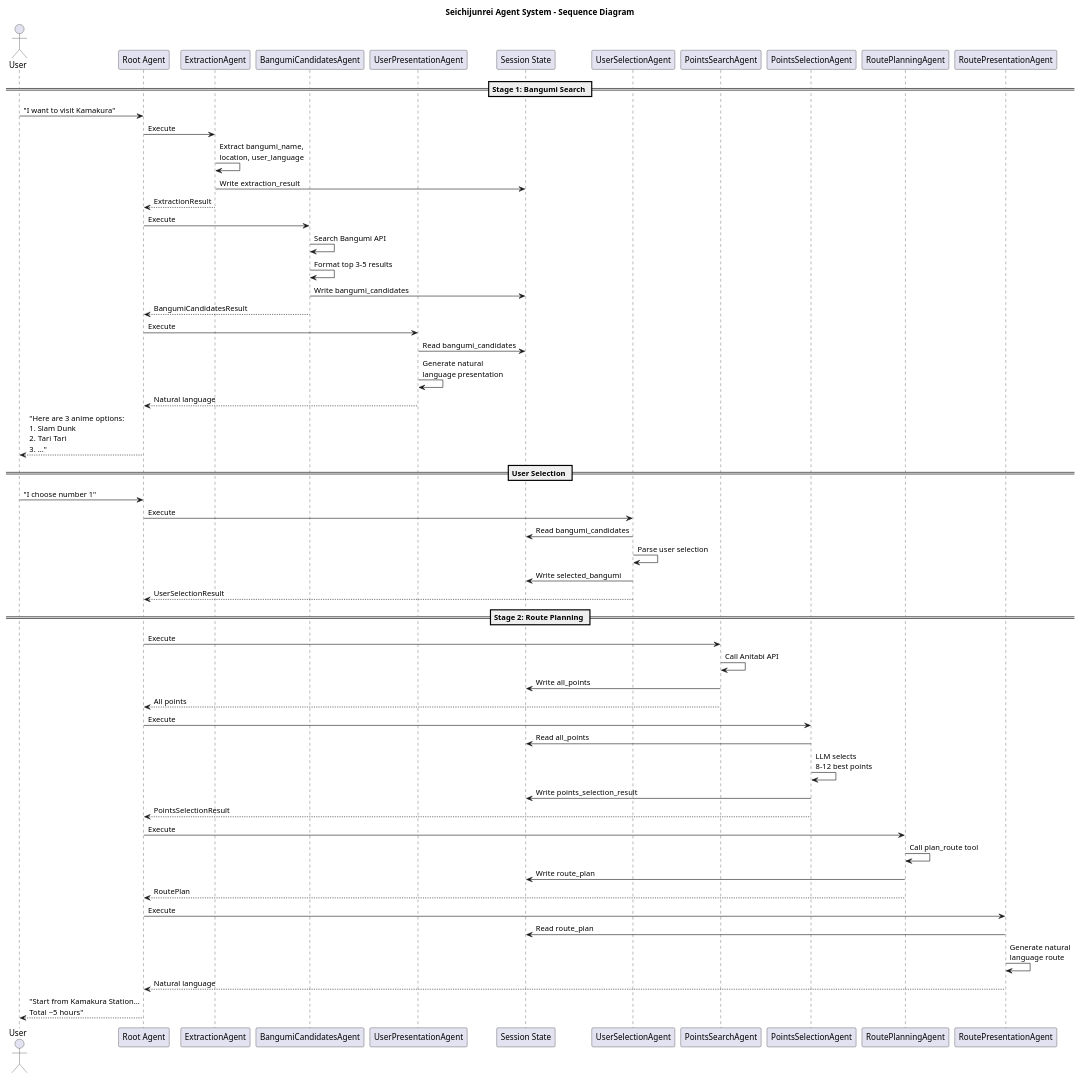
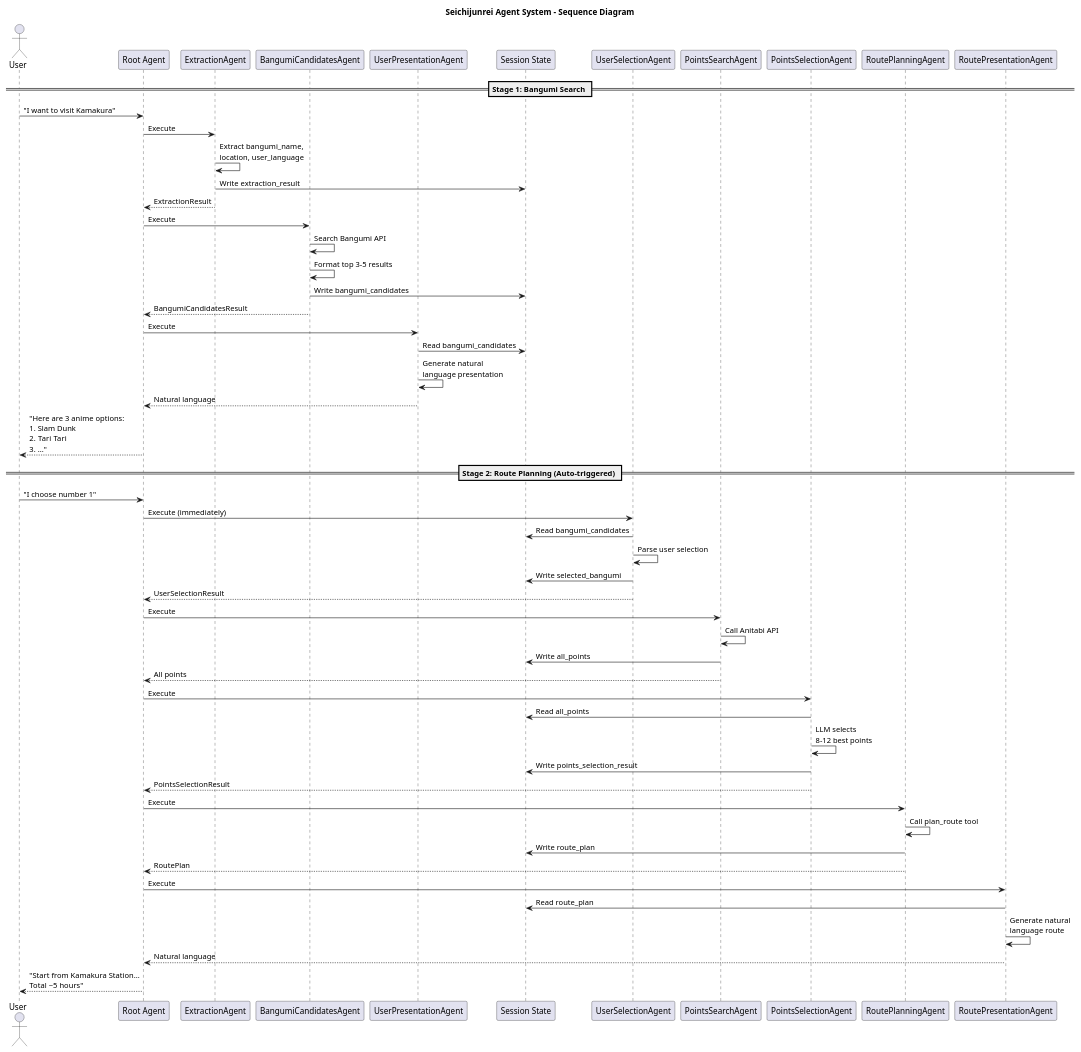
The diagram in docs/architecture/agent_sequence.puml (lifeodyssey/Seichijunrei-bot), drawn with PlantUML before and after one commit. The commit also changed 8 other files, not shown here.

```diff
--- a/docs/architecture/agent_sequence.puml
+++ b/docs/architecture/agent_sequence.puml
@@ -1,66 +1,64 @@
 @startuml
 title Seichijunrei Agent System - Sequence Diagram
 
 actor User
 participant "Root Agent" as Root
 participant "ExtractionAgent" as Extract
 participant "BangumiCandidatesAgent" as BangumiCand
 participant "UserPresentationAgent" as UserPres
 participant "Session State" as Session
 participant "UserSelectionAgent" as UserSel
 participant "PointsSearchAgent" as PointsSearch
 participant "PointsSelectionAgent" as PointsSel
 participant "RoutePlanningAgent" as RoutePlan
 participant "RoutePresentationAgent" as RoutePres
 
 == Stage 1: Bangumi Search ==
 User -> Root: "I want to visit Kamakura"
 Root -> Extract: Execute
 Extract -> Extract: Extract bangumi_name,\nlocation, user_language
 Extract -> Session: Write extraction_result
 Extract --> Root: ExtractionResult
 
 Root -> BangumiCand: Execute
 BangumiCand -> BangumiCand: Search Bangumi API
 BangumiCand -> BangumiCand: Format top 3-5 results
 BangumiCand -> Session: Write bangumi_candidates
 BangumiCand --> Root: BangumiCandidatesResult
 
 Root -> UserPres: Execute
 UserPres -> Session: Read bangumi_candidates
 UserPres -> UserPres: Generate natural\nlanguage presentation
 UserPres --> Root: Natural language
 Root --> User: "Here are 3 anime options:\n1. Slam Dunk\n2. Tari Tari\n3. ..."
 
-== User Selection ==
+== Stage 2: Route Planning (Auto-triggered) ==
 User -> Root: "I choose number 1"
-Root -> UserSel: Execute
+Root -> UserSel: Execute (immediately)
 UserSel -> Session: Read bangumi_candidates
 UserSel -> UserSel: Parse user selection
 UserSel -> Session: Write selected_bangumi
 UserSel --> Root: UserSelectionResult
-
-== Stage 2: Route Planning ==
 Root -> PointsSearch: Execute
 PointsSearch -> PointsSearch: Call Anitabi API
 PointsSearch -> Session: Write all_points
 PointsSearch --> Root: All points
 
 Root -> PointsSel: Execute
 PointsSel -> Session: Read all_points
 PointsSel -> PointsSel: LLM selects\n8-12 best points
 PointsSel -> Session: Write points_selection_result
 PointsSel --> Root: PointsSelectionResult
 
 Root -> RoutePlan: Execute
 RoutePlan -> RoutePlan: Call plan_route tool
 RoutePlan -> Session: Write route_plan
 RoutePlan --> Root: RoutePlan
 
 Root -> RoutePres: Execute
 RoutePres -> Session: Read route_plan
 RoutePres -> RoutePres: Generate natural\nlanguage route
 RoutePres --> Root: Natural language
 Root --> User: "Start from Kamakura Station...\nTotal ~5 hours"
 
 @enduml
```
